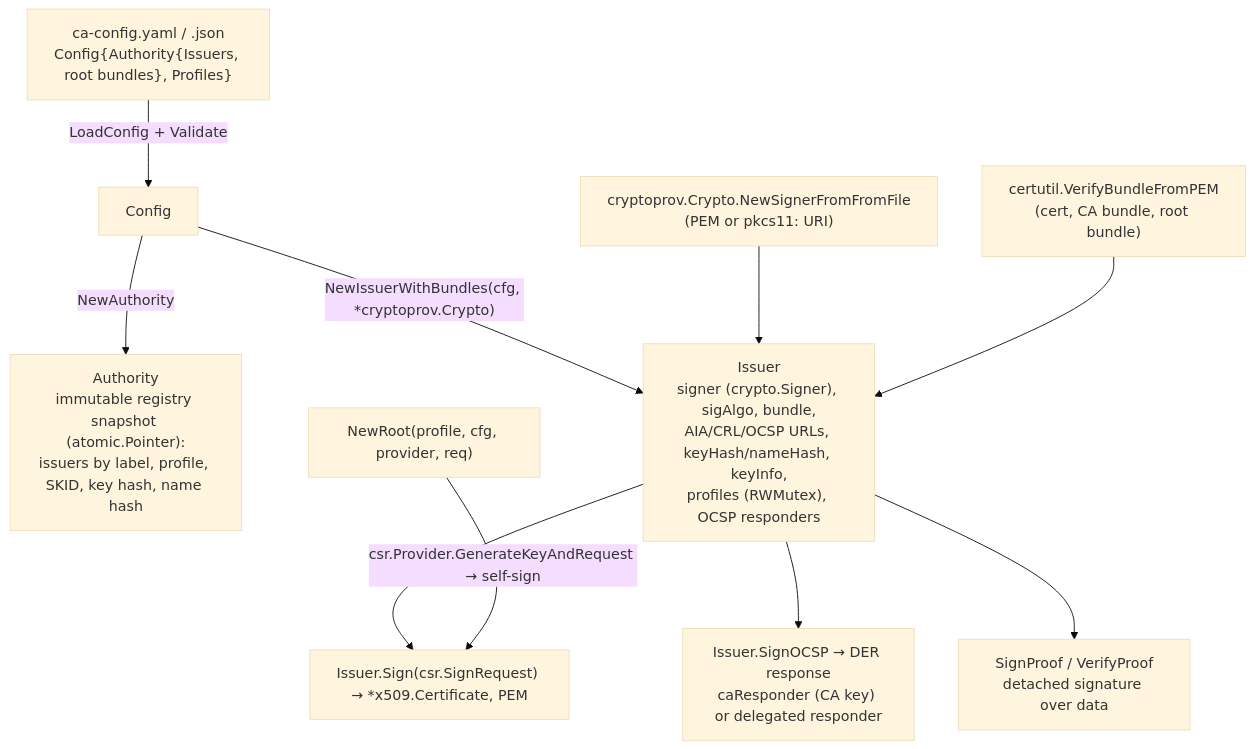
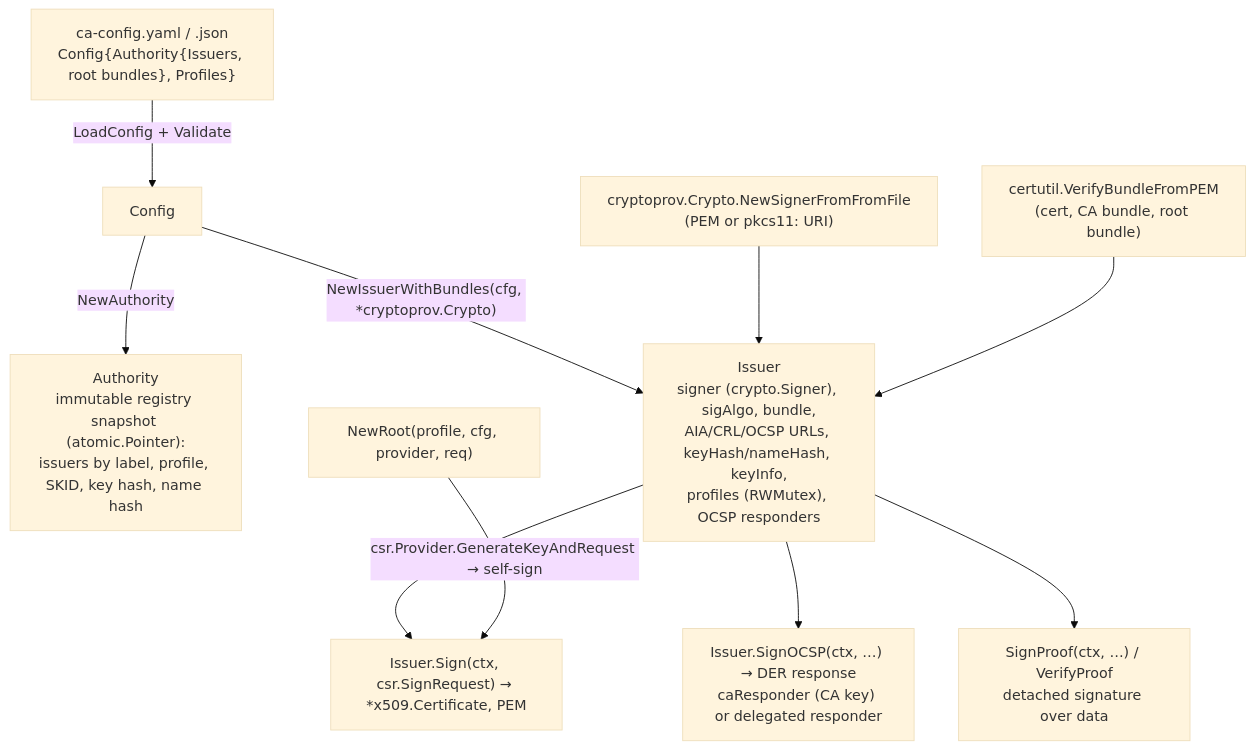
Before and after one commit to effective-security/xpki: the first of 2 diagrams in Documentation/design/authority.md, drawn with Mermaid (base theme). The commit also changed other lines of this file and 72 other files, not shown here.

````diff
--- a/Documentation/design/authority.md
+++ b/Documentation/design/authority.md
@@ -23,12 +23,12 @@
 ```mermaid
 flowchart TD
     cfg["ca-config.yaml / .json<br/>Config{Authority{Issuers, root bundles}, Profiles}"] -->|LoadConfig + Validate| C[Config]
     C -->|NewAuthority| A["Authority<br/>immutable registry snapshot (atomic.Pointer):<br/>issuers by label, profile, SKID, key hash, name hash"]
     C -->|"NewIssuerWithBundles(cfg, *cryptoprov.Crypto)"| I["Issuer<br/>signer (crypto.Signer), sigAlgo, bundle,<br/>AIA/CRL/OCSP URLs, keyHash/nameHash, keyInfo,<br/>profiles (RWMutex), OCSP responders"]
     K["cryptoprov.Crypto.NewSignerFromFromFile<br/>(PEM or pkcs11: URI)"] --> I
     B["certutil.VerifyBundleFromPEM<br/>(cert, CA bundle, root bundle)"] --> I
-    I --> S["Issuer.Sign(csr.SignRequest) → *x509.Certificate, PEM"]
-    I --> O["Issuer.SignOCSP → DER response<br/>caResponder (CA key) or delegated responder"]
-    I --> P["SignProof / VerifyProof<br/>detached signature over data"]
+    I --> S["Issuer.Sign(ctx, csr.SignRequest) → *x509.Certificate, PEM"]
+    I --> O["Issuer.SignOCSP(ctx, …) → DER response<br/>caResponder (CA key) or delegated responder"]
+    I --> P["SignProof(ctx, …) / VerifyProof<br/>detached signature over data"]
     R["NewRoot(profile, cfg, provider, req)"] -->|"csr.Provider.GenerateKeyAndRequest → self-sign"| S
 ```
````
